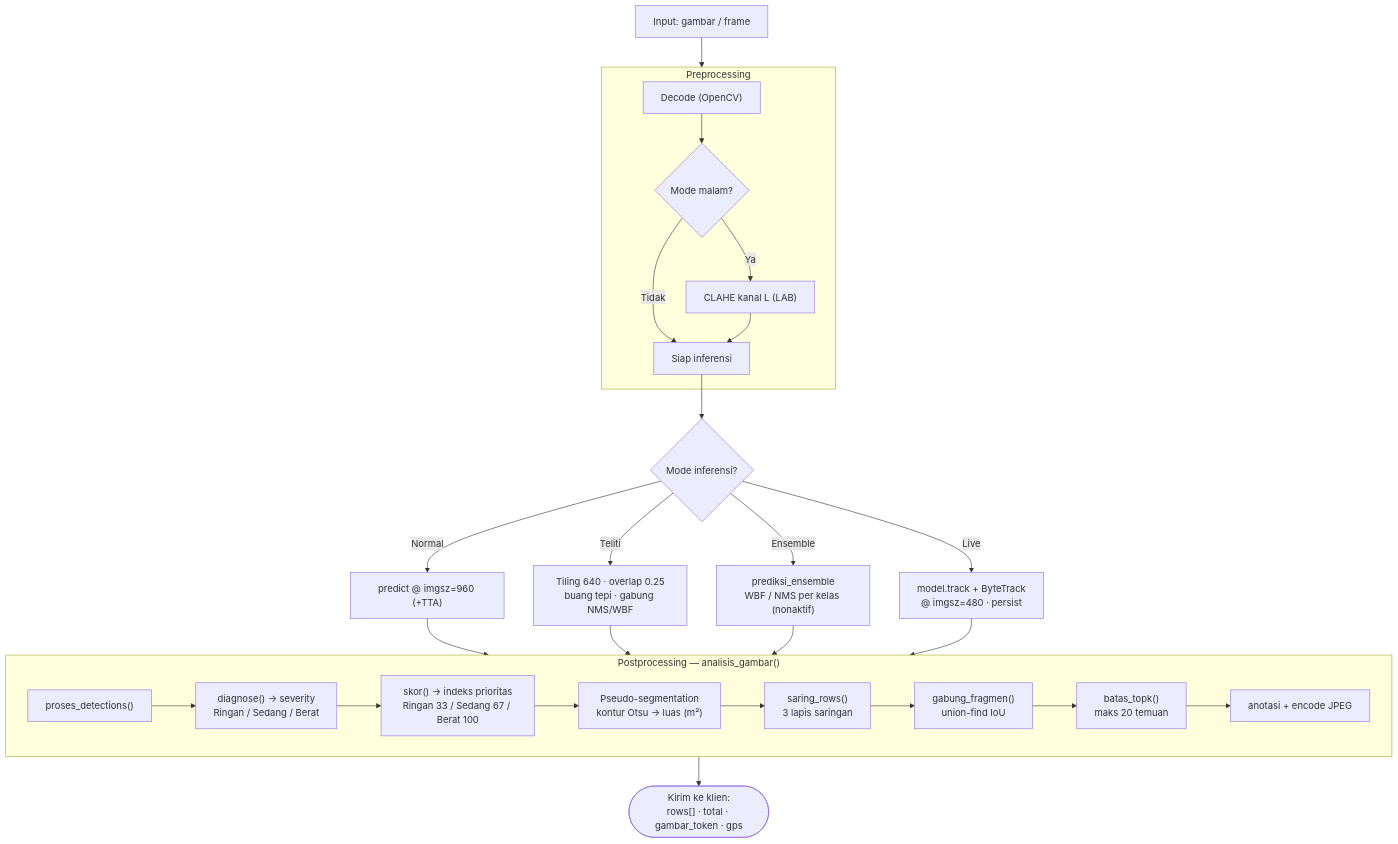
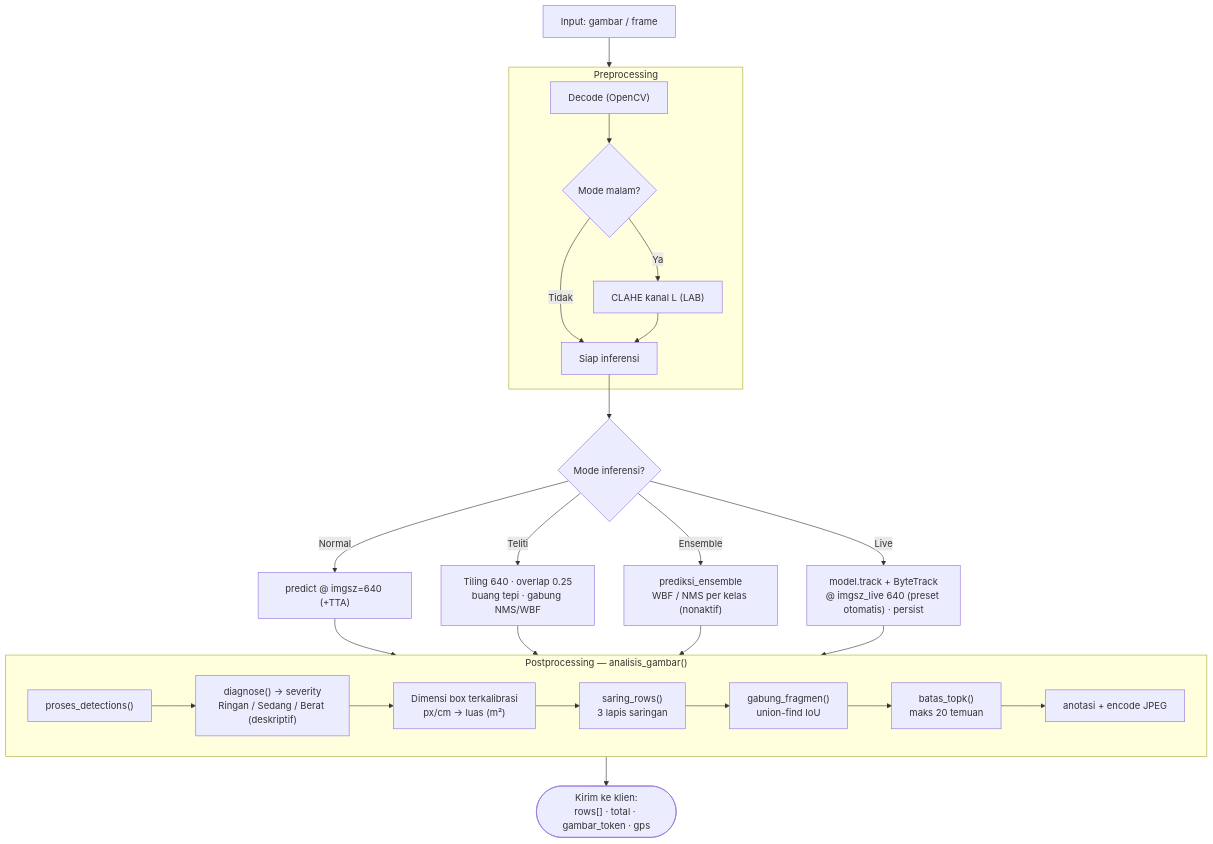
The fifth of 6 diagrams in docs/User-Flow.md (rachmatx/jalan-pantau), drawn with Mermaid before and after one commit. The commit also changed other lines of this file and 9 other files, not shown here.

````diff
--- a/docs/User-Flow.md
+++ b/docs/User-Flow.md
@@ -262,37 +276,36 @@
 ```mermaid
 flowchart TD
     IN["Input: gambar / frame"] --> PRE
 
     subgraph PRE ["Preprocessing"]
         DECODE["Decode (OpenCV)"]
         DECODE --> MALAM{"Mode malam?"}
         MALAM -->|Ya| CLAHE["CLAHE kanal L (LAB)"]
         MALAM -->|Tidak| LANJUT
         CLAHE --> LANJUT["Siap inferensi"]
     end
 
     LANJUT --> MODE{"Mode inferensi?"}
 
-    MODE -->|Normal| NORMAL["predict @ imgsz=960 (+TTA)"]
+    MODE -->|Normal| NORMAL["predict @ imgsz=640 (+TTA)"]
     MODE -->|Teliti| TELITI["Tiling 640 · overlap 0.25<br/>buang tepi · gabung NMS/WBF"]
     MODE -->|Ensemble| ENSEMBLE["prediksi_ensemble<br/>WBF / NMS per kelas (nonaktif)"]
-    MODE -->|Live| LIVE["model.track + ByteTrack<br/>@ imgsz=480 · persist"]
+    MODE -->|Live| LIVE["model.track + ByteTrack<br/>@ imgsz_live 640 (preset otomatis) · persist"]
 
     NORMAL --> HASIL
     TELITI --> HASIL
     ENSEMBLE --> HASIL
     LIVE --> HASIL
 
     subgraph HASIL ["Postprocessing — analisis_gambar()"]
         H1["proses_detections()"]
-        H1 --> H2["diagnose() → severity<br/>Ringan / Sedang / Berat"]
-        H2 --> H3["skor() → indeks prioritas<br/>Ringan 33 / Sedang 67 / Berat 100"]
-        H3 --> H4["Pseudo-segmentation<br/>kontur Otsu → luas (m²)"]
+        H1 --> H2["diagnose() → severity<br/>Ringan / Sedang / Berat (deskriptif)"]
+        H2 --> H4["Dimensi box terkalibrasi<br/>px/cm → luas (m²)"]
         H4 --> H5["saring_rows()<br/>3 lapis saringan"]
         H5 --> H6["gabung_fragmen()<br/>union-find IoU"]
         H6 --> H7["batas_topk()<br/>maks 20 temuan"]
         H7 --> H8["anotasi + encode JPEG"]
     end
 
     HASIL --> OUT(["Kirim ke klien:<br/>rows[] · total · gambar_token · gps"])
 ```
````
